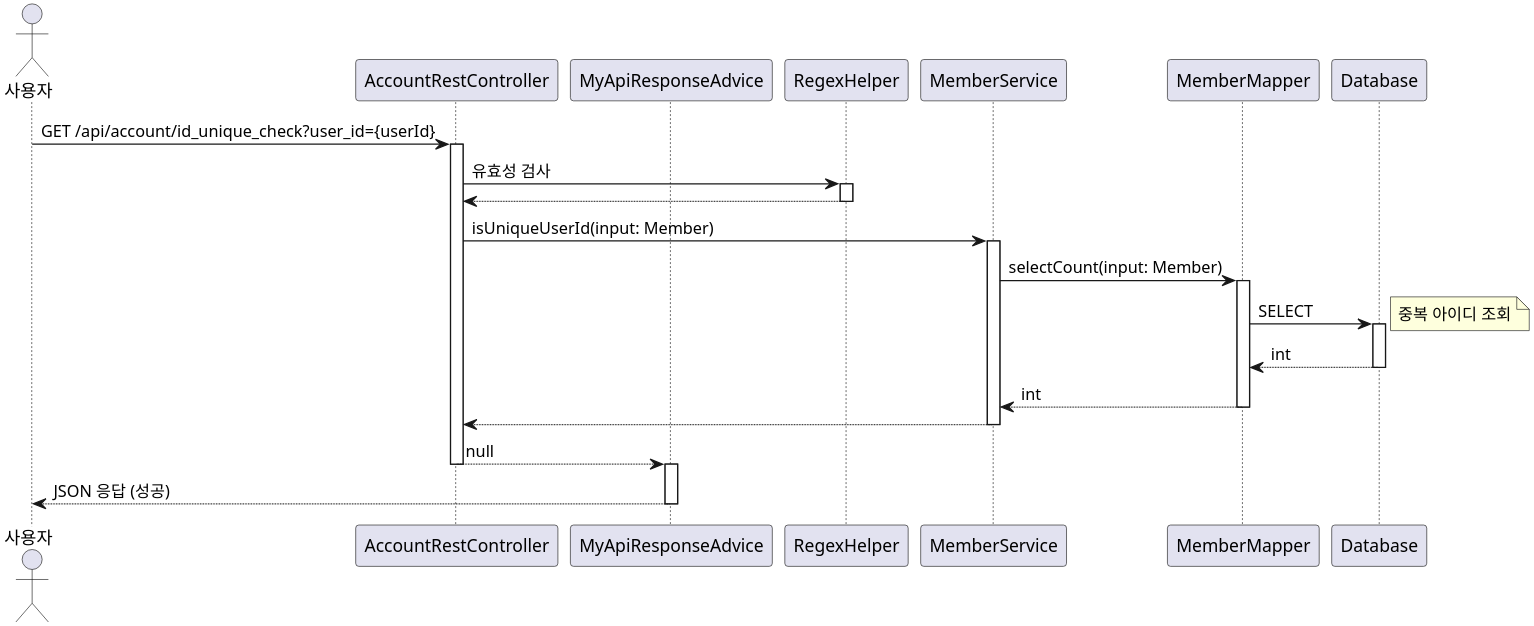
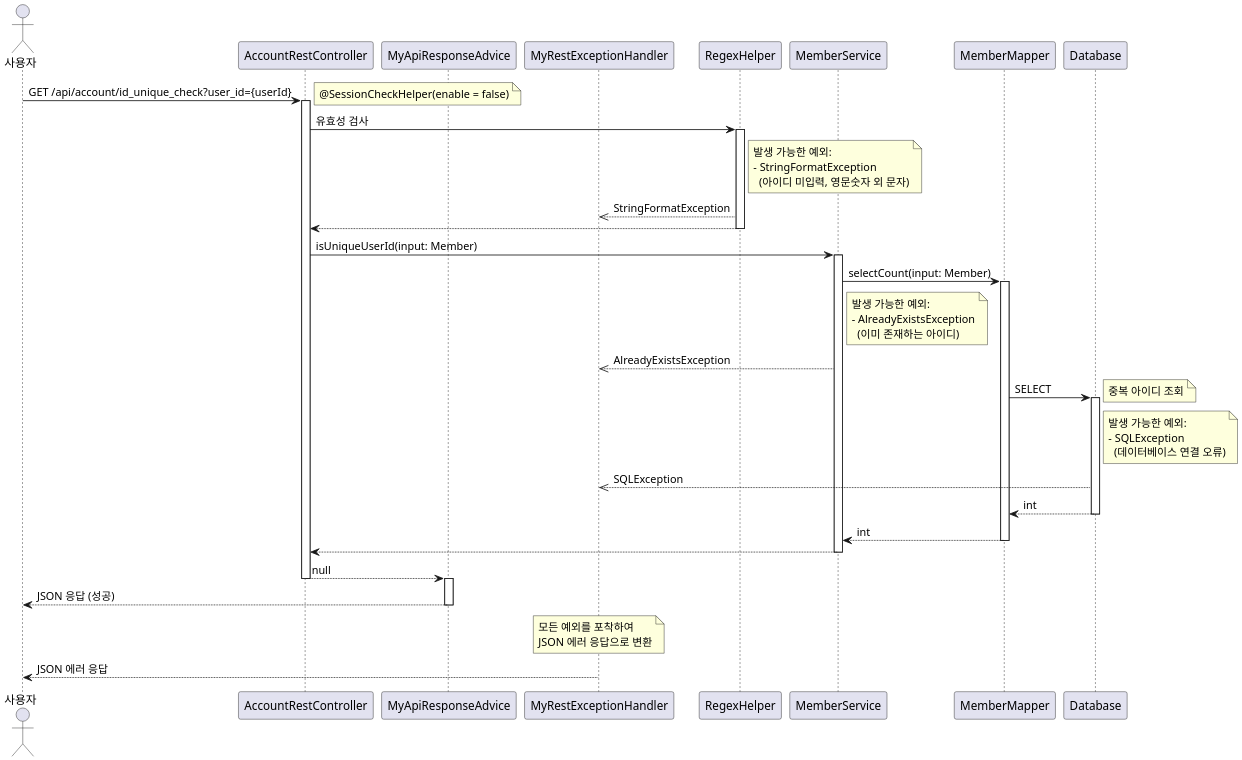
Before and after one commit to leekh4232/study-myshop: the diagram in uml/AccountRestController/idUniqueCheck_Sequence.puml, drawn with PlantUML. The commit also changed 45 other files, not shown here.

```diff
--- a/uml/AccountRestController/idUniqueCheck_Sequence.puml
+++ b/uml/AccountRestController/idUniqueCheck_Sequence.puml
@@ -1,42 +1,51 @@
 @startuml
-skinparam dpi 300
+skinparam dpi 200
 
 actor Actor as "사용자"
 participant AccountRestController
 participant MyApiResponseAdvice
-' participant MyRestExceptionHandler
+participant MyRestExceptionHandler
 participant RegexHelper
 participant MemberService
 participant MemberMapper
 participant Database
 
 Actor -> AccountRestController: GET /api/account/id_unique_check?user_id={userId}
 activate AccountRestController
-' note right: @SessionCheckHelper(enable = false)
+note right: @SessionCheckHelper(enable = false)
 
 AccountRestController -> RegexHelper: 유효성 검사
 activate RegexHelper
+note right of RegexHelper: 발생 가능한 예외:\n- StringFormatException\n  (아이디 미입력, 영문숫자 외 문자)
+RegexHelper -->> MyRestExceptionHandler: StringFormatException
 RegexHelper --> AccountRestController
 deactivate RegexHelper
 
 AccountRestController -> MemberService: isUniqueUserId(input: Member)
 activate MemberService
 MemberService -> MemberMapper: selectCount(input: Member)
 activate MemberMapper
+note right of MemberService: 발생 가능한 예외:\n- AlreadyExistsException\n  (이미 존재하는 아이디)
+MemberService -->> MyRestExceptionHandler: AlreadyExistsException
 MemberMapper -> Database: SELECT
 activate Database
 note right: 중복 아이디 조회
+note right of Database: 발생 가능한 예외:\n- SQLException\n  (데이터베이스 연결 오류)
+Database -->> MyRestExceptionHandler: SQLException
 Database --> MemberMapper: int
 deactivate Database
 MemberMapper --> MemberService: int
 deactivate MemberMapper
 MemberService --> AccountRestController
 deactivate MemberService
 
 AccountRestController --> MyApiResponseAdvice: null
 deactivate AccountRestController
 activate MyApiResponseAdvice
 MyApiResponseAdvice --> Actor: JSON 응답 (성공)
 deactivate MyApiResponseAdvice
 
+note over MyRestExceptionHandler: 모든 예외를 포착하여\nJSON 에러 응답으로 변환
+MyRestExceptionHandler --> Actor: JSON 에러 응답
+
 @enduml
```
